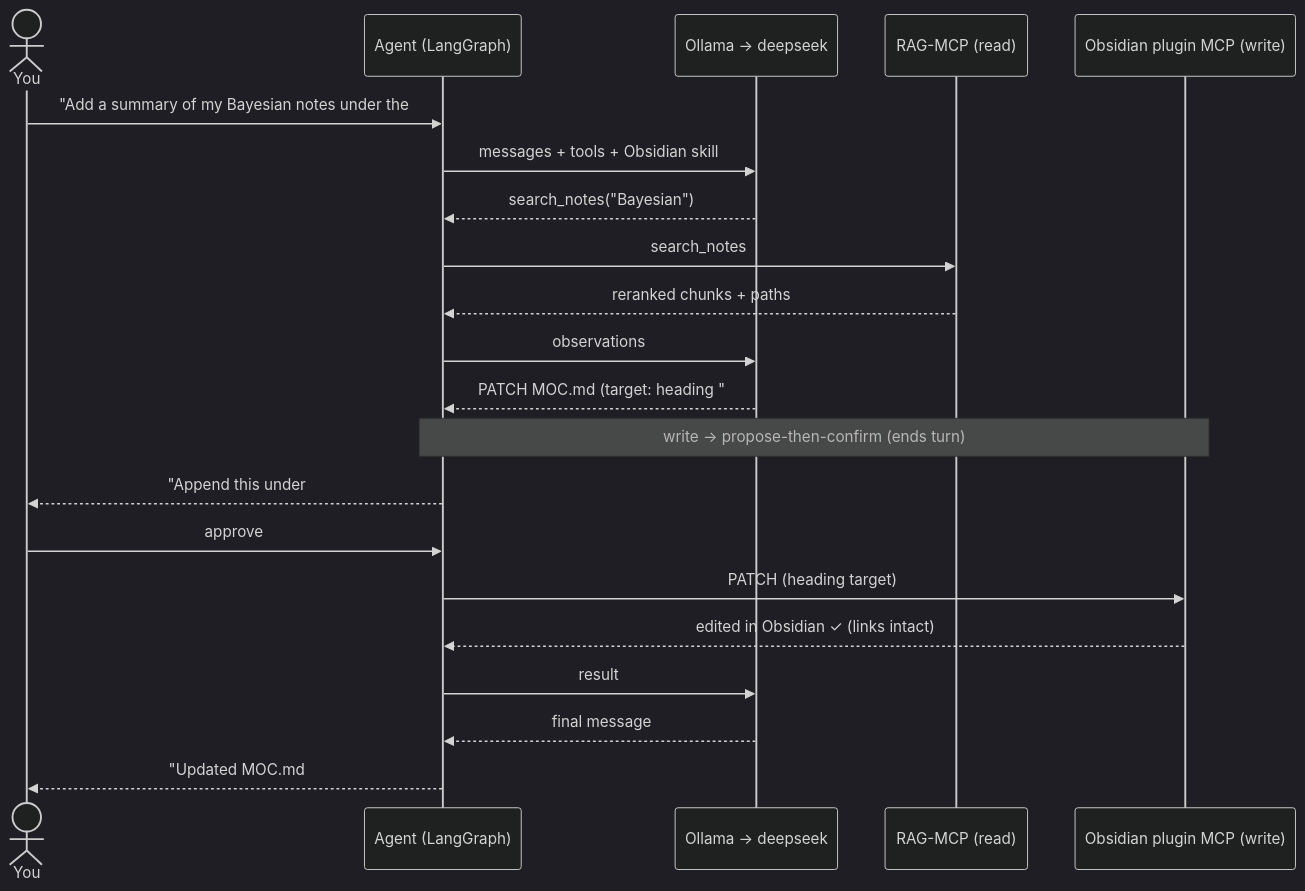
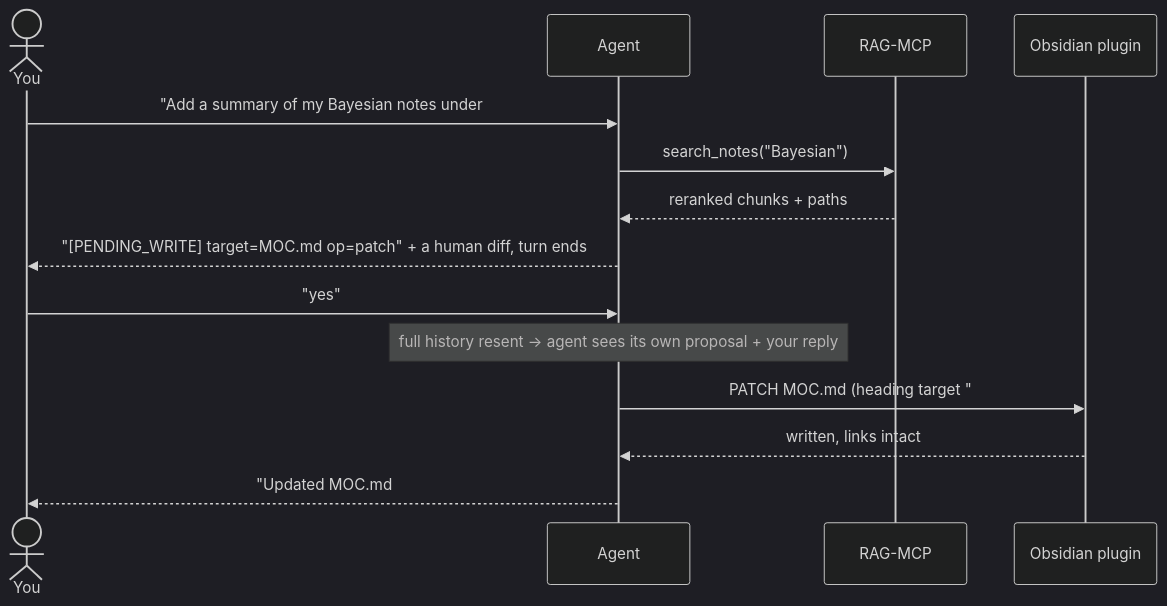
The seventh of 9 diagrams in docs/SPEC.md (Atrv-Shrn/Obsidian-Librarian), drawn with Mermaid (dark theme) before and after one commit. The commit also changed other lines of this file and 5 other files, not shown here.

First line of the commit message:
fix: never invoke the agent graph with an empty message list

````diff
--- a/docs/SPEC.md
+++ b/docs/SPEC.md
@@ -421,23 +441,16 @@
 ```mermaid
 sequenceDiagram
   actor U as You
-  participant A as Agent (LangGraph)
-  participant O as Ollama → deepseek
-  participant R as RAG-MCP (read)
-  participant OB as Obsidian plugin MCP (write)
-  U->>A: "Add a summary of my Bayesian notes under the ## Stats heading in MOC.md"
-  A->>O: messages + tools + Obsidian skill
-  O-->>A: search_notes("Bayesian")
-  A->>R: search_notes
+  participant A as Agent
+  participant R as RAG-MCP
+  participant OB as Obsidian plugin
+  U->>A: "Add a summary of my Bayesian notes under ## Stats in MOC.md"
+  A->>R: search_notes("Bayesian")
   R-->>A: reranked chunks + paths
-  A->>O: observations
-  O-->>A: PATCH MOC.md (target: heading "## Stats", op: append)
-  Note over A,OB: write → propose-then-confirm (ends turn)
-  A-->>U: "Append this under ## Stats in MOC.md? (diff)"
-  U->>A: approve
-  A->>OB: PATCH (heading target)
-  OB-->>A: edited in Obsidian ✓ (links intact)
-  A->>O: result
-  O-->>A: final message
-  A-->>U: "Updated MOC.md ## Stats ✓ (cites 4 notes)"
+  A-->>U: "[PENDING_WRITE] target=MOC.md op=patch" + a human diff, turn ends
+  U->>A: "yes"
+  Note over A: full history resent → agent sees its own proposal + your reply
+  A->>OB: PATCH MOC.md (heading target "## Stats")
+  OB-->>A: written, links intact
+  A-->>U: "Updated MOC.md ## Stats, citing 4 notes"
 ```
````
